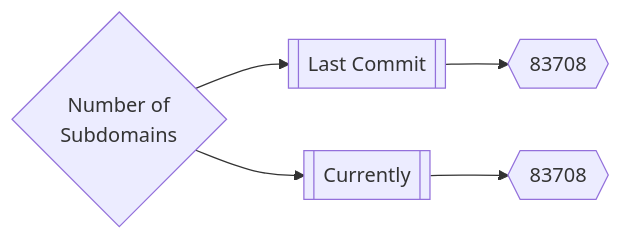
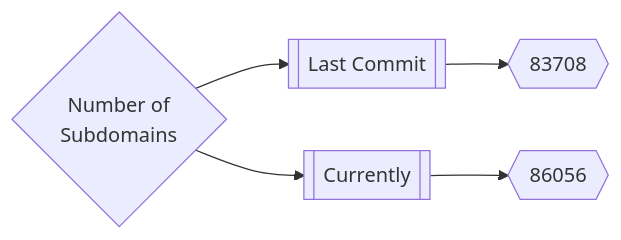
The first of 3 diagrams in README.md (trickest/inventory), drawn with Mermaid before and after one commit. The commit also changed other lines of this file, not shown here.

````diff
--- a/README.md
+++ b/README.md
@@ -165,5 +165,5 @@
 ```mermaid
 graph LR
 title{Number of<br>Subdomains} --> subdomainsDate1[[Last Commit]] --> subdomainsNum1{{83708}}
-title --> subdomainsDate2[[Currently]] --> subdomainsNum2{{83708}}
+title --> subdomainsDate2[[Currently]] --> subdomainsNum2{{86056}}
 ```
````
